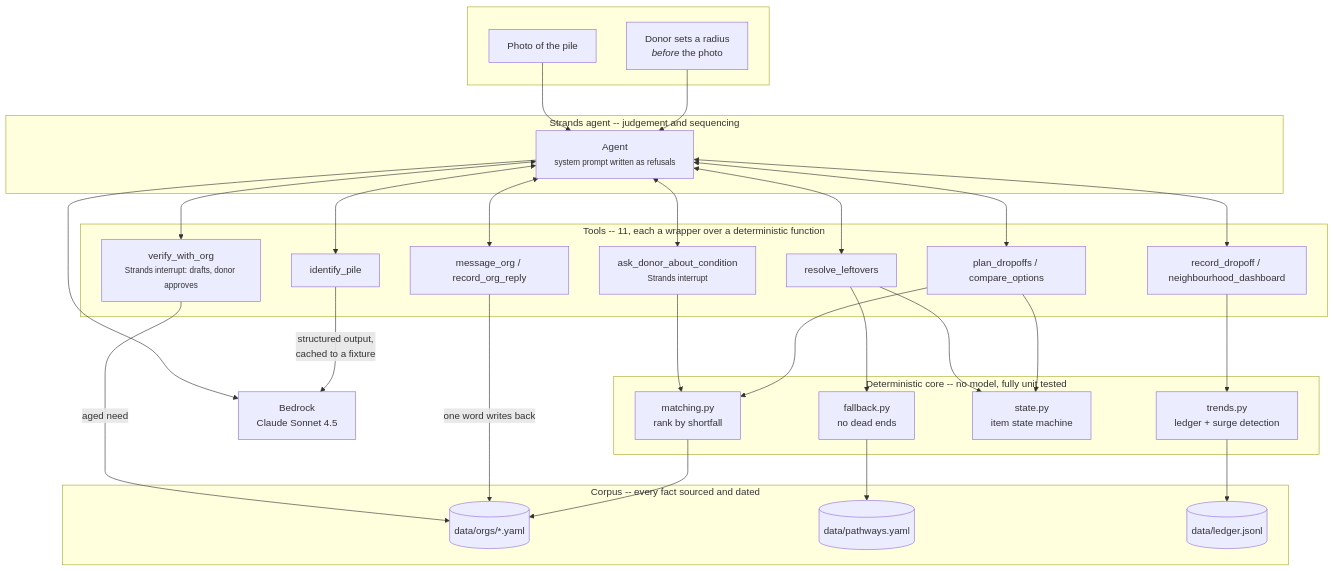
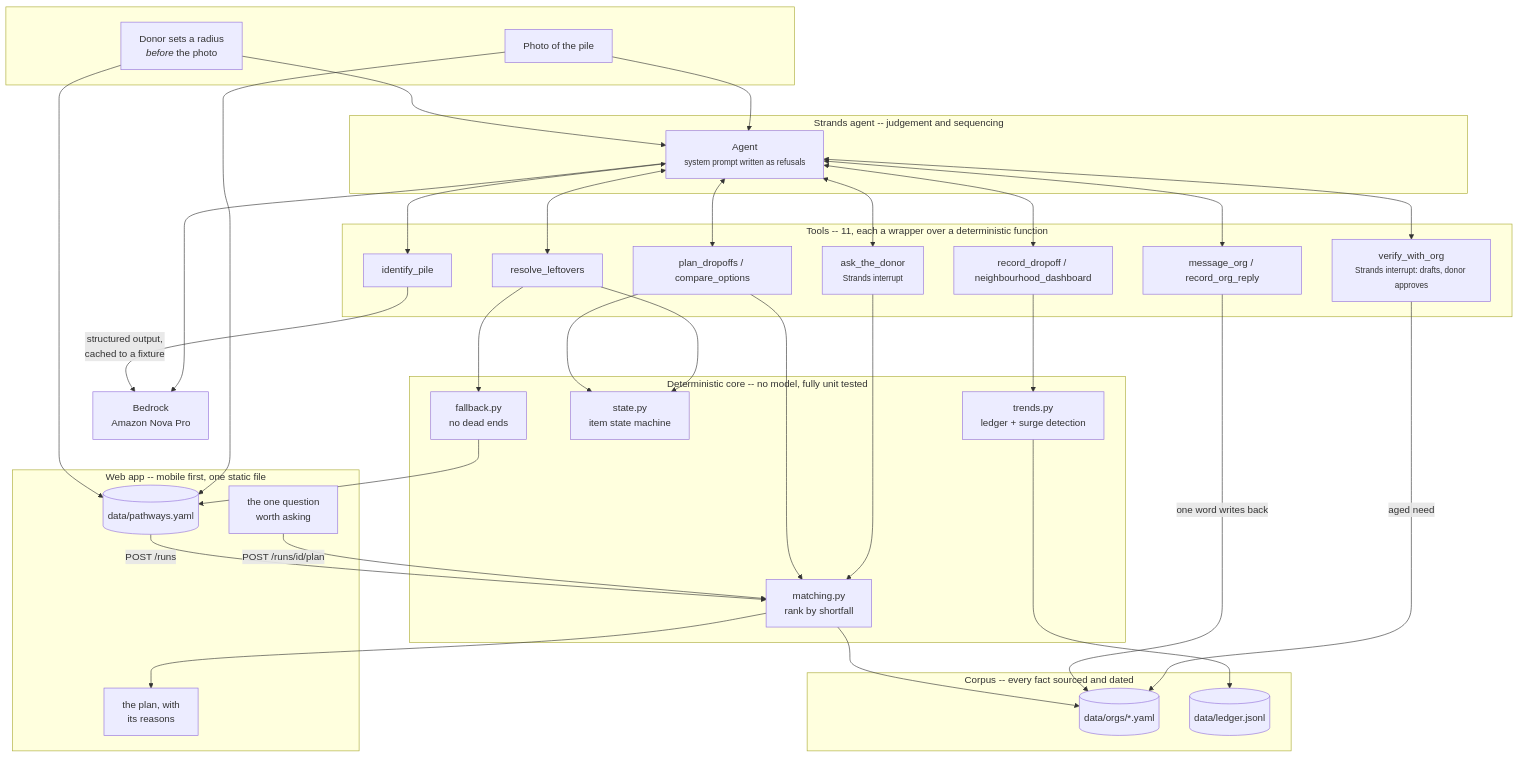
Before and after one commit to hnawaz2025/giveright: the diagram in README.md, drawn with Mermaid. The commit also changed other lines of this file and 10 other files, not shown here.

````diff
--- a/README.md
+++ b/README.md
@@ -70,52 +70,63 @@
 ```mermaid
 flowchart TB
     subgraph donor[" "]
         R["Donor sets a radius<br/><i>before</i> the photo"]
         P["Photo of the pile"]
     end
 
     subgraph agent["Strands agent -- judgement and sequencing"]
         A["Agent<br/><small>system prompt written as refusals</small>"]
     end
 
+    subgraph ui["Web app -- mobile first, one static file"]
+        W["photo + radius<br/><small>camera capture</small>"]
+        Q["the one question<br/>worth asking"]
+        PL["the plan, with<br/>its reasons"]
+    end
+
     subgraph tools["Tools -- 11, each a wrapper over a deterministic function"]
         T1["identify_pile"]
-        T2["ask_donor_about_condition<br/><small>Strands interrupt</small>"]
+        T2["ask_the_donor<br/><small>Strands interrupt</small>"]
         T3["plan_dropoffs / compare_options"]
         T4["resolve_leftovers"]
         T5["message_org / record_org_reply"]
         T6["verify_with_org<br/><small>Strands interrupt: drafts, donor approves</small>"]
         T7["record_dropoff / neighbourhood_dashboard"]
     end
 
     subgraph core["Deterministic core -- no model, fully unit tested"]
         M["matching.py<br/>rank by shortfall"]
         F["fallback.py<br/>no dead ends"]
         S["state.py<br/>item state machine"]
         G["trends.py<br/>ledger + surge detection"]
     end
 
     subgraph data["Corpus -- every fact sourced and dated"]
         O[("data/orgs/*.yaml")]
         W[("data/pathways.yaml")]
         L[("data/ledger.jsonl")]
     end
 
-    V["Bedrock<br/>Claude Sonnet 4.5"]
+    V["Bedrock<br/>Amazon Nova Pro"]
 
+    R --> W
+    P --> W
+    W -->|"POST /runs"| M
+    Q -->|"POST /runs/id/plan"| M
+    M --> PL
     R --> A
     P --> A
     A <--> T1 & T2 & T3 & T4 & T5 & T6 & T7
     T1 -->|"structured output,<br/>cached to a fixture"| V
     A --> V
     T3 --> M
     T4 --> F
     T2 --> M
     T3 & T4 --> S
     T7 --> G
     M --> O
     F --> W
     G --> L
     T5 -->|"one word writes back"| O
     T6 -->|"aged need"| O
 ```
````
